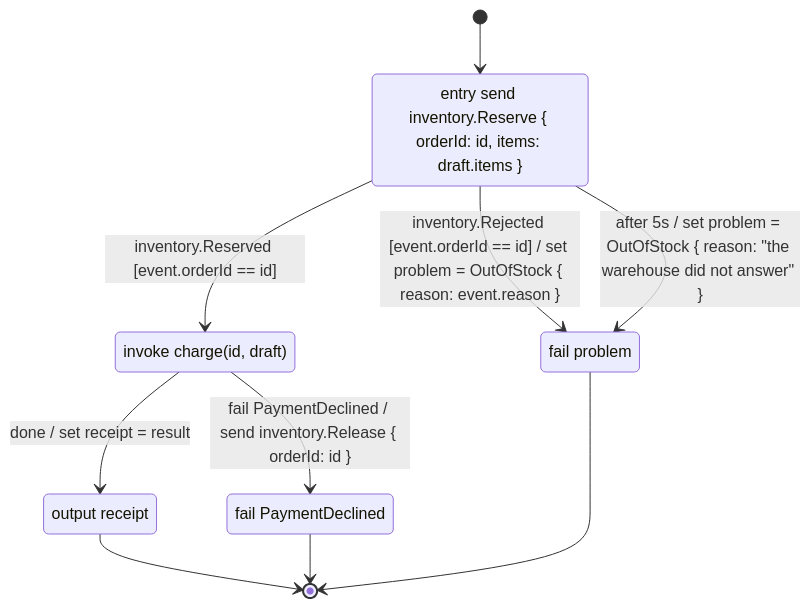
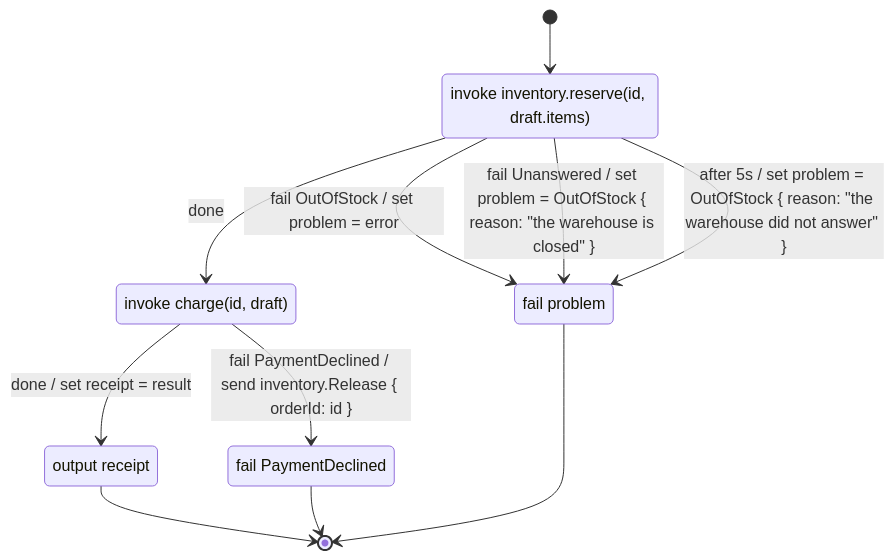
Before and after one commit to dire-kiwi/roadbook: the first of 2 diagrams in packages/viewer/test/mermaid/examples-orders-orders.md, drawn with Mermaid. The commit also changed other lines of this file and 19 other files, not shown here.

````diff
--- a/packages/viewer/test/mermaid/examples-orders-orders.md
+++ b/packages/viewer/test/mermaid/examples-orders-orders.md
@@ -10,17 +10,18 @@
 ```mermaid
 stateDiagram-v2
-  Reserving: entry send inventory.Reserve { orderId#58; id, items#58; draft.items }
+  Reserving: invoke inventory.reserve(id, draft.items)
   Paying: invoke charge(id, draft)
   Paid: output receipt
   Unavailable: fail problem
   Declined: fail PaymentDeclined
   [*] --> Reserving
-  Reserving --> Paying: inventory.Reserved [event.orderId == id]
-  Reserving --> Unavailable: inventory.Rejected [event.orderId == id] / set problem = OutOfStock { reason#58; event.reason }
+  Reserving --> Paying: done
+  Reserving --> Unavailable: fail OutOfStock / set problem = error
+  Reserving --> Unavailable: fail Unanswered / set problem = OutOfStock { reason#58; "the warehouse is closed" }
   Reserving --> Unavailable: after 5s / set problem = OutOfStock { reason#58; "the warehouse did not answer" }
   Paying --> Paid: done / set receipt = result
   Paying --> Declined: fail PaymentDeclined / send inventory.Release { orderId#58; id }
   Paid --> [*]
   Unavailable --> [*]
   Declined --> [*]
 ```
````
